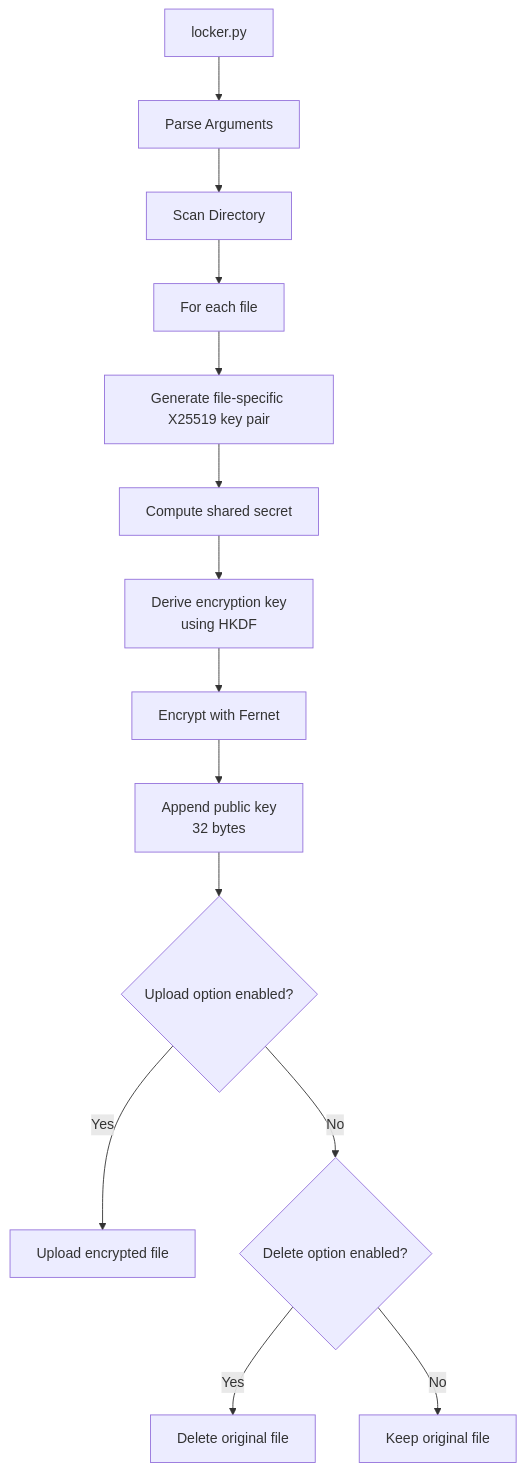
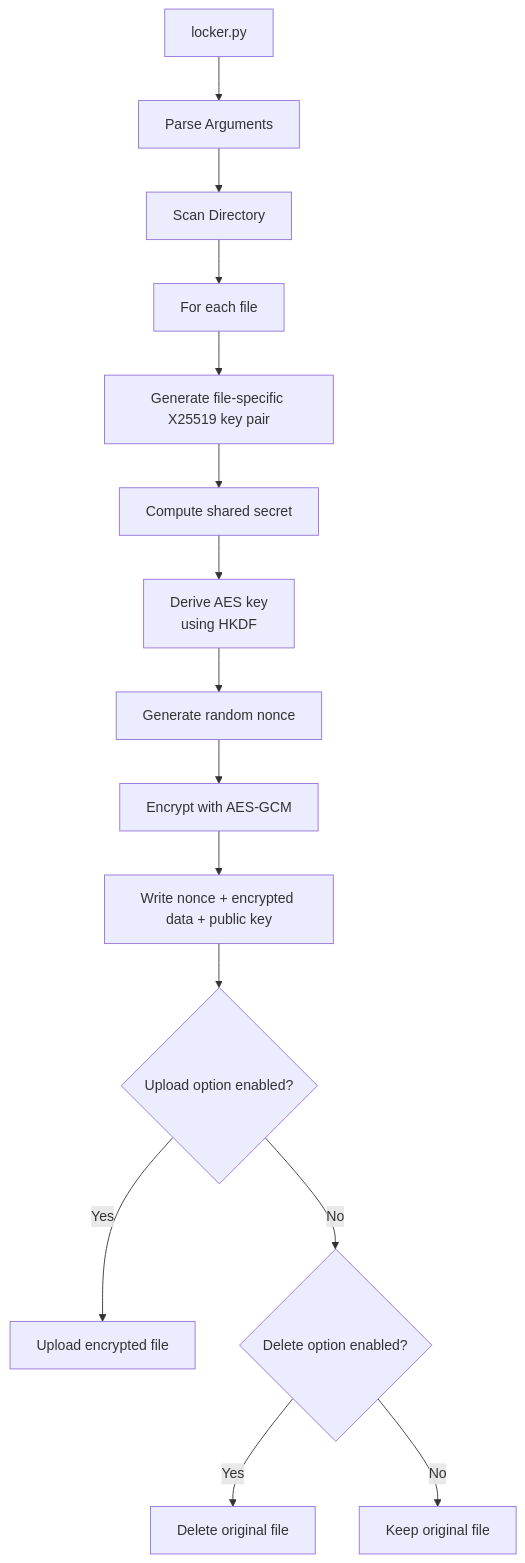
The second of 4 diagrams in pythonware/architecture.md (mrexodia/byor), drawn with Mermaid before and after one commit. The commit also changed other lines of this file and 3 other files, not shown here.

````diff
--- a/pythonware/architecture.md
+++ b/pythonware/architecture.md
@@ -29,16 +29,17 @@
 ```mermaid
 graph TD
     A[locker.py] --> B[Parse Arguments]
     B --> C[Scan Directory]
     C --> D[For each file]
     D --> E[Generate file-specific X25519 key pair]
     E --> F[Compute shared secret]
-    F --> G[Derive encryption key<br/>using HKDF]
-    G --> H[Encrypt with Fernet]
-    H --> I[Append public key<br/>32 bytes]
-    I --> J{Upload option enabled?}
-    J -->|Yes| K[Upload encrypted file]
-    J -->|No| L{Delete option enabled?}
-    L -->|Yes| M[Delete original file]
-    L -->|No| N[Keep original file]
+    F --> G[Derive AES key<br/>using HKDF]
+    G --> H[Generate random nonce]
+    H --> I[Encrypt with AES-GCM]
+    I --> J[Write nonce + encrypted data + public key]
+    J --> K{Upload option enabled?}
+    K -->|Yes| L[Upload encrypted file]
+    K -->|No| M{Delete option enabled?}
+    M -->|Yes| N[Delete original file]
+    M -->|No| O[Keep original file]
 ```
````
